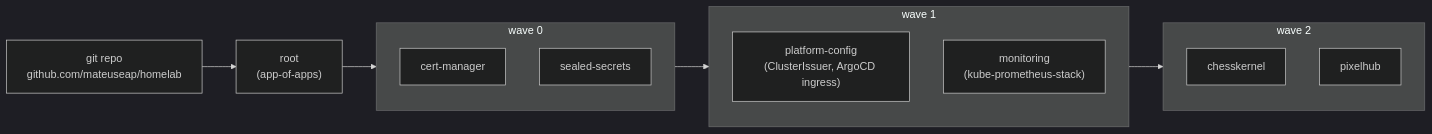
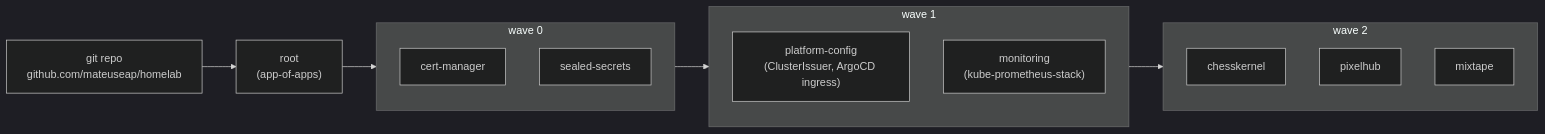
One commit to mateuseap/homelab changed the second of 5 diagrams in docs/architecture/overview.md. Above: the diagram before and after it, drawn with Mermaid (dark theme). The commit also changed other lines of this file and 1 other file, not shown here.

Commit message:
docs: add mixtape to the architecture and networking docs

````diff
--- a/docs/architecture/overview.md
+++ b/docs/architecture/overview.md
@@ -59,22 +62,23 @@
 ```mermaid
 graph LR
     Git["git repo<br/>github.com/mateuseap/homelab"]
     Root["root<br/>(app-of-apps)"]
 
     Git --> Root
 
     subgraph w0["wave 0"]
         CM["cert-manager"]
         SS["sealed-secrets"]
     end
     subgraph w1["wave 1"]
         PC["platform-config<br/>(ClusterIssuer, ArgoCD ingress)"]
         MON["monitoring<br/>(kube-prometheus-stack)"]
     end
     subgraph w2["wave 2"]
         CK["chesskernel"]
         PH["pixelhub"]
+        MIX["mixtape"]
     end
 
     Root --> w0 --> w1 --> w2
 ```
````
